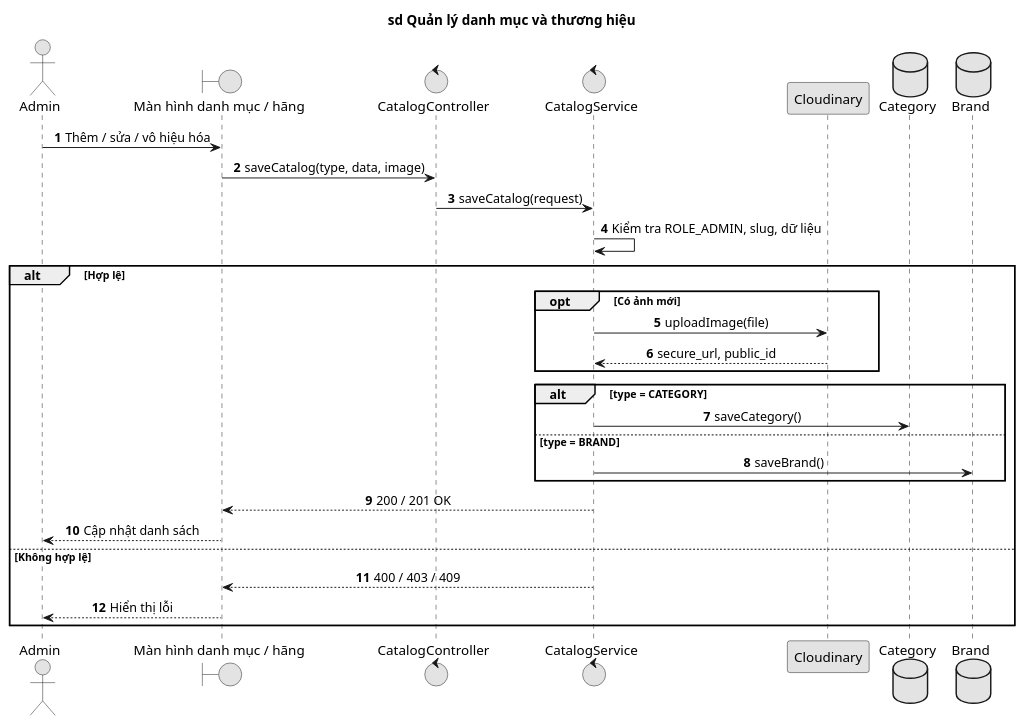
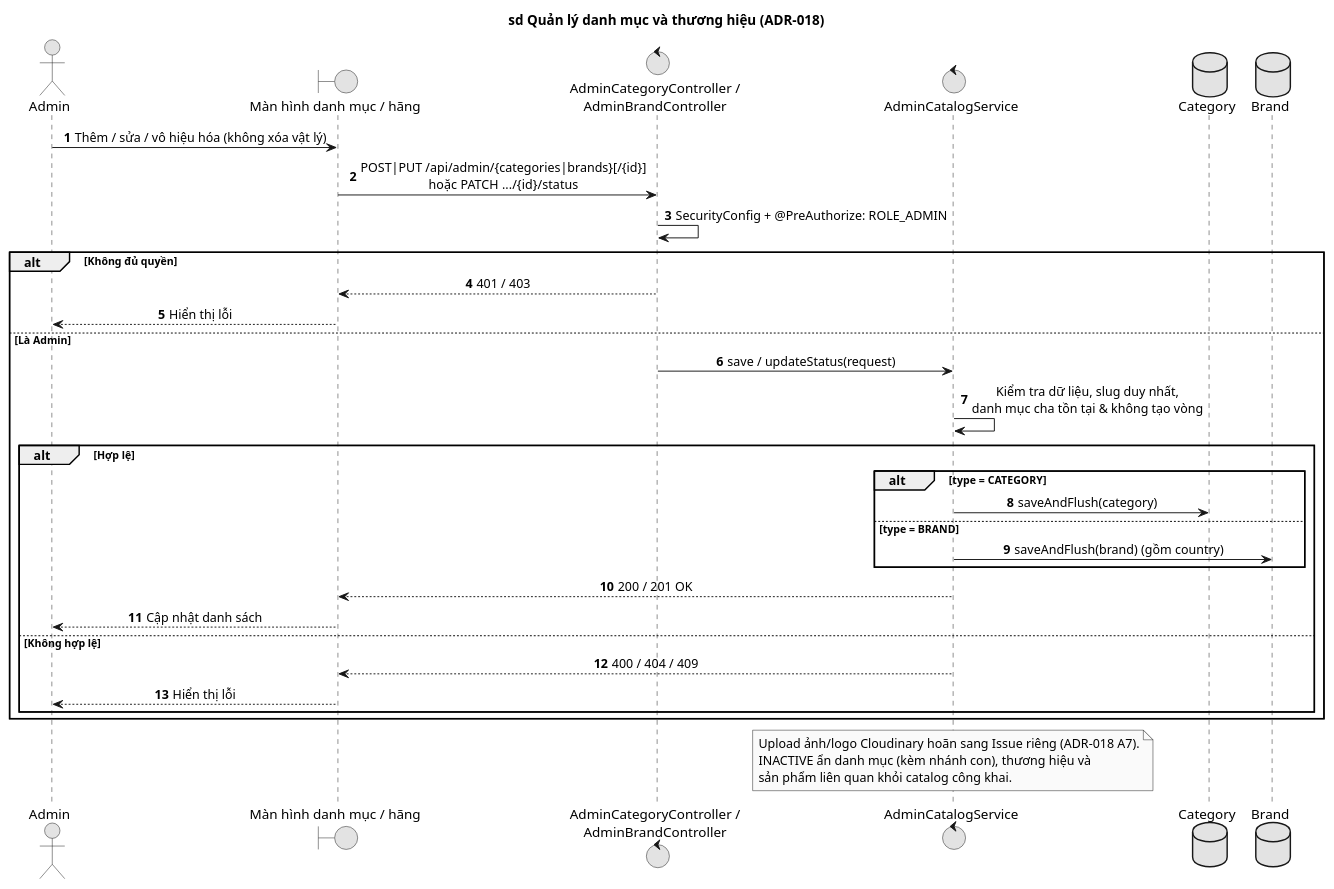
One commit to DuyPhan11/tech-store changed the diagram in docs/diagrams/sequence/UC12-admin-categories-brands.puml. Above: the diagram before and after it, drawn with PlantUML. The commit also changed 41 other files, not shown here.

Commit message:
feat(admin): manage categories and brands (#36)

```diff
--- a/docs/diagrams/sequence/UC12-admin-categories-brands.puml
+++ b/docs/diagrams/sequence/UC12-admin-categories-brands.puml
@@ -1,34 +1,40 @@
 @startuml
 autonumber
 skinparam monochrome true
 skinparam shadowing false
 skinparam sequenceMessageAlign center
-title sd Quản lý danh mục và thương hiệu
+title sd Quản lý danh mục và thương hiệu (ADR-018)
 actor "Admin" as U
 boundary "Màn hình danh mục / hãng" as UI
-control "CatalogController" as C
-control "CatalogService" as S
-participant "Cloudinary" as Cloud
+control "AdminCategoryController /\nAdminBrandController" as C
+control "AdminCatalogService" as S
 database "Category" as Categories
 database "Brand" as Brands
-U -> UI: Thêm / sửa / vô hiệu hóa
-UI -> C: saveCatalog(type, data, image)
-C -> S: saveCatalog(request)
-S -> S: Kiểm tra ROLE_ADMIN, slug, dữ liệu
-alt Hợp lệ
-    opt Có ảnh mới
-        S -> Cloud: uploadImage(file)
-        Cloud --> S: secure_url, public_id
+U -> UI: Thêm / sửa / vô hiệu hóa (không xóa vật lý)
+UI -> C: POST|PUT /api/admin/{categories|brands}[/{id}]\nhoặc PATCH .../{id}/status
+C -> C: SecurityConfig + @PreAuthorize: ROLE_ADMIN
+alt Không đủ quyền
+    C --> UI: 401 / 403
+    UI --> U: Hiển thị lỗi
+else Là Admin
+    C -> S: save / updateStatus(request)
+    S -> S: Kiểm tra dữ liệu, slug duy nhất,\ndanh mục cha tồn tại & không tạo vòng
+    alt Hợp lệ
+        alt type = CATEGORY
+            S -> Categories: saveAndFlush(category)
+        else type = BRAND
+            S -> Brands: saveAndFlush(brand) (gồm country)
+        end
+        S --> UI: 200 / 201 OK
+        UI --> U: Cập nhật danh sách
+    else Không hợp lệ
+        S --> UI: 400 / 404 / 409
+        UI --> U: Hiển thị lỗi
     end
-    alt type = CATEGORY
-        S -> Categories: saveCategory()
-    else type = BRAND
-        S -> Brands: saveBrand()
-    end
-    S --> UI: 200 / 201 OK
-    UI --> U: Cập nhật danh sách
-else Không hợp lệ
-    S --> UI: 400 / 403 / 409
-    UI --> U: Hiển thị lỗi
 end
+note over S
+  Upload ảnh/logo Cloudinary hoãn sang Issue riêng (ADR-018 A7).
+  INACTIVE ẩn danh mục (kèm nhánh con), thương hiệu và
+  sản phẩm liên quan khỏi catalog công khai.
+end note
 @enduml
```
